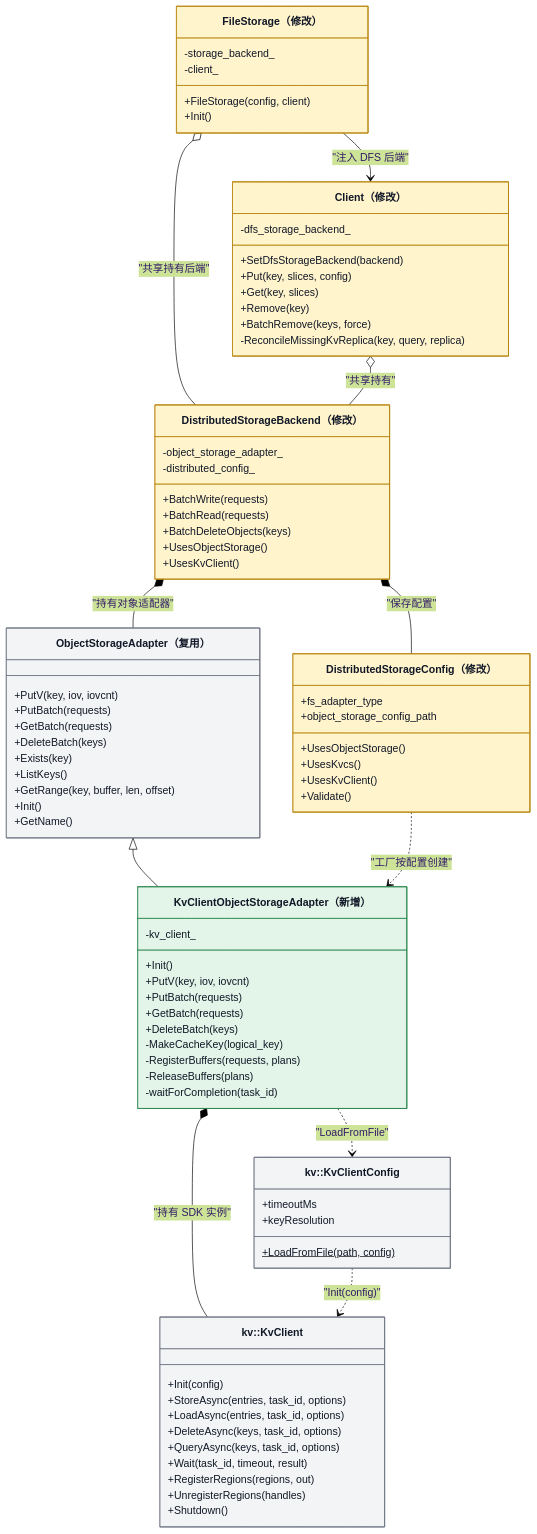
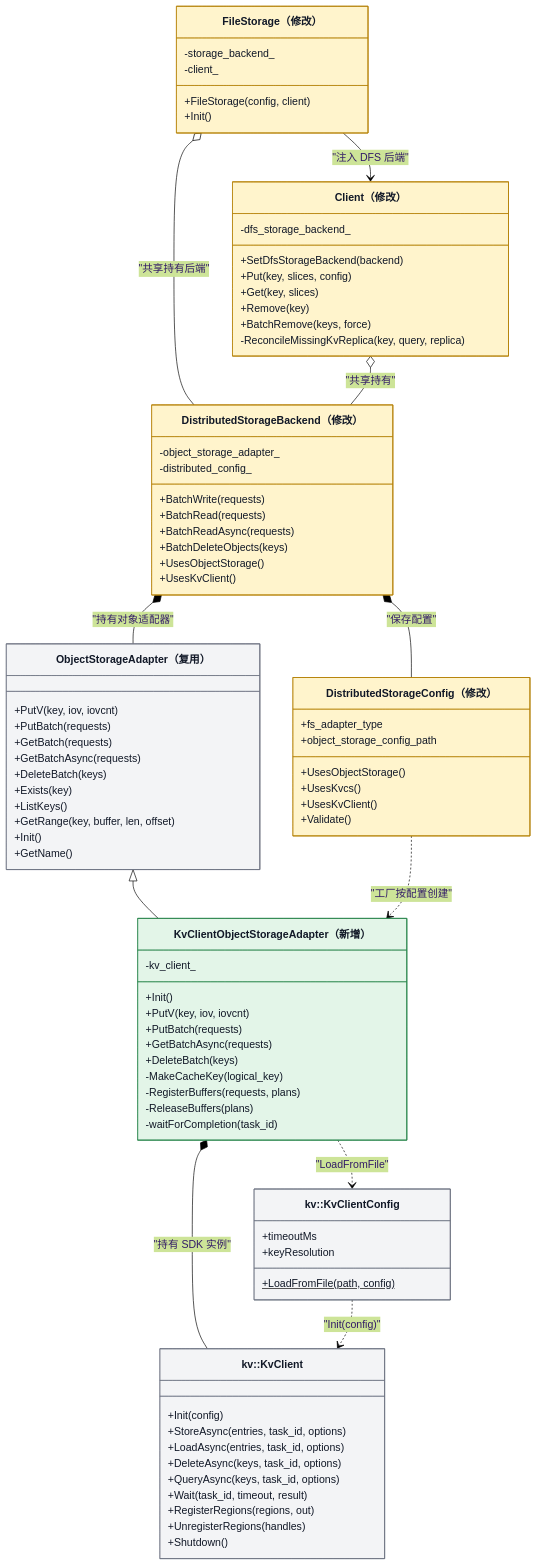
One commit to zwj20000328-dotcom/Mooncake-documents changed the second of 13 diagrams in Mooncake + KVClient L3 接入（Kvcs）- v3.md. Above: the diagram before and after it, drawn with Mermaid (forest theme). The commit also changed other lines of this file and 3 other files, not shown here.

```diff
--- a/Mooncake + KVClient L3 接入（Kvcs）- v3.md
+++ b/Mooncake + KVClient L3 接入（Kvcs）- v3.md
@@ -159,6 +159,7 @@
         -distributed_config_
         +BatchWrite(requests)
         +BatchRead(requests)
+        +BatchReadAsync(requests)
         +BatchDeleteObjects(keys)
         +UsesObjectStorage()
         +UsesKvClient()
@@ -167,6 +168,7 @@
         +PutV(key, iov, iovcnt)
         +PutBatch(requests)
         +GetBatch(requests)
+        +GetBatchAsync(requests)
         +DeleteBatch(keys)
         +Exists(key)
         +ListKeys()
@@ -180,7 +182,7 @@
         +Init()
         +PutV(key, iov, iovcnt)
         +PutBatch(requests)
-        +GetBatch(requests)
+        +GetBatchAsync(requests)
         +DeleteBatch(keys)
         -MakeCacheKey(logical_key)
         -RegisterBuffers(requests, plans)
```
